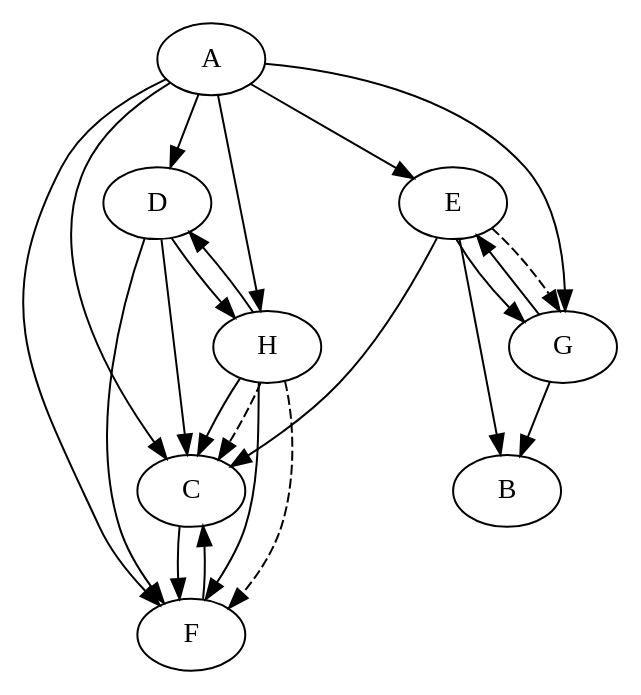
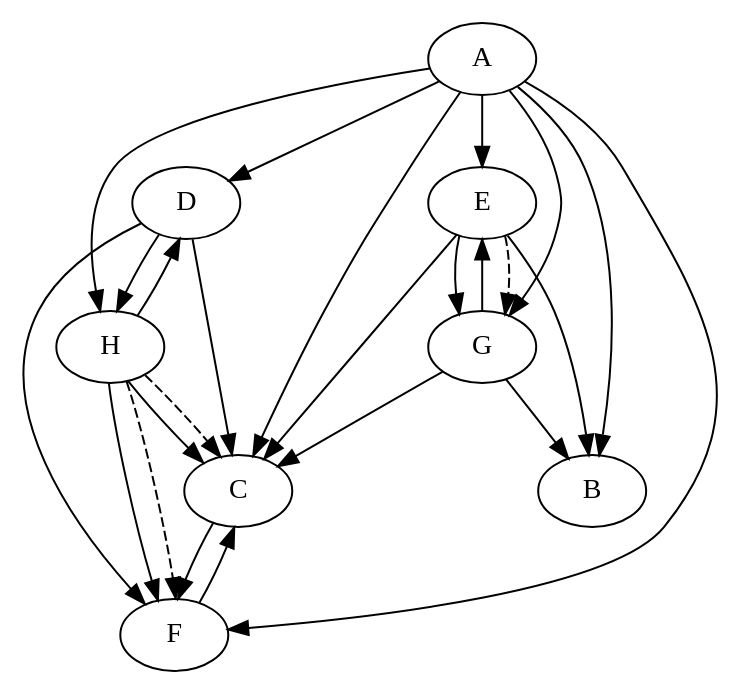
Before and after one commit to modSquad/AaD: the diagram in SourcesMatlab/graph.dot, drawn with Graphviz. The commit also changed 1 other file, not shown here.

```diff
--- a/SourcesMatlab/graph.dot
+++ b/SourcesMatlab/graph.dot
@@ -1,35 +1,37 @@
 digraph G {
 A;
 B;
 C;
 D;
 E;
 F;
 G;
 H;
 
+A -> B;
 E -> B;
 G -> B;
 A -> C;
 D -> C;
 E -> C;
 F -> C;
+G -> C;
 H -> C;
 A -> D;
 H -> D;
 A -> E;
 G -> E;
 A -> F;
 C -> F;
 D -> F;
 H -> F;
 A -> G;
 E -> G;
 A -> H;
 D -> H;
 
 H -> C[style = "dashed"];
 H -> F[style = "dashed"];
 E -> G[style = "dashed"];
 
 }
```
